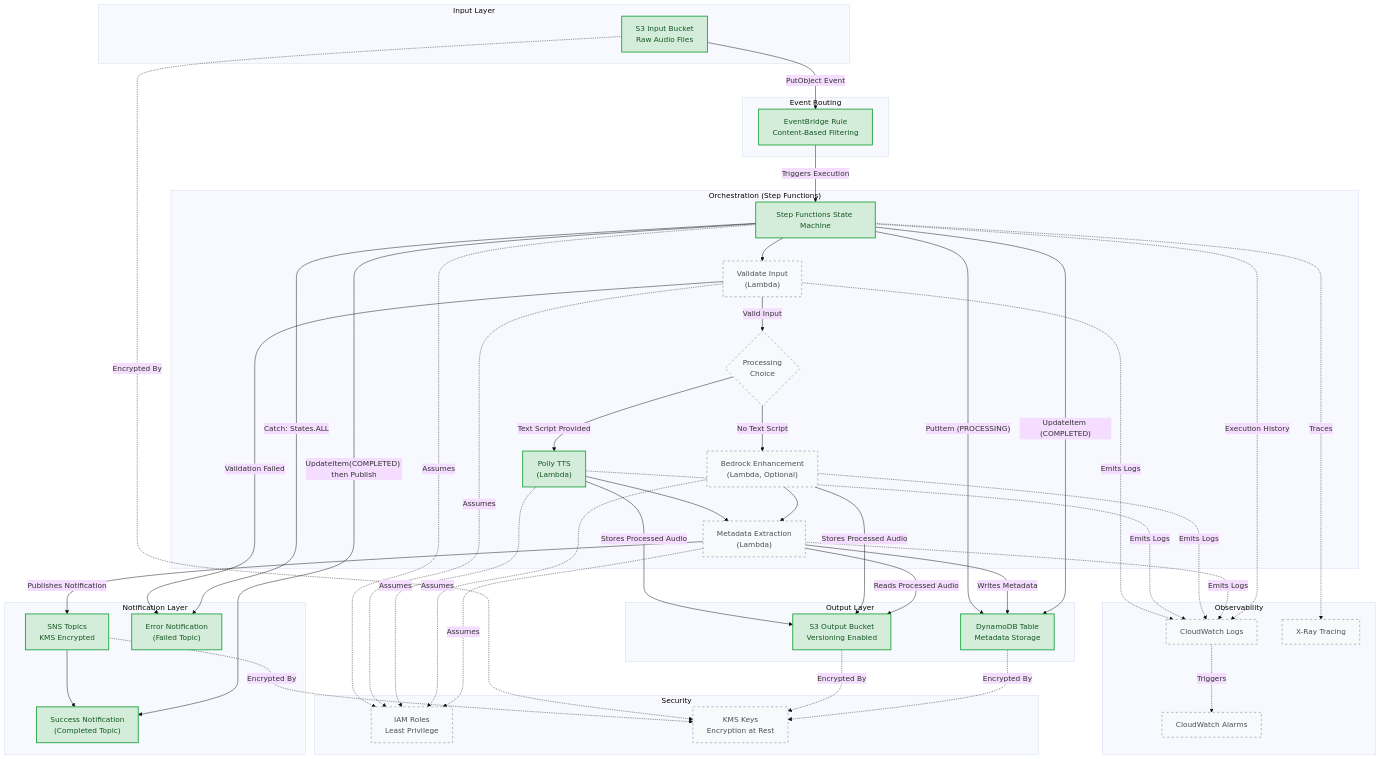
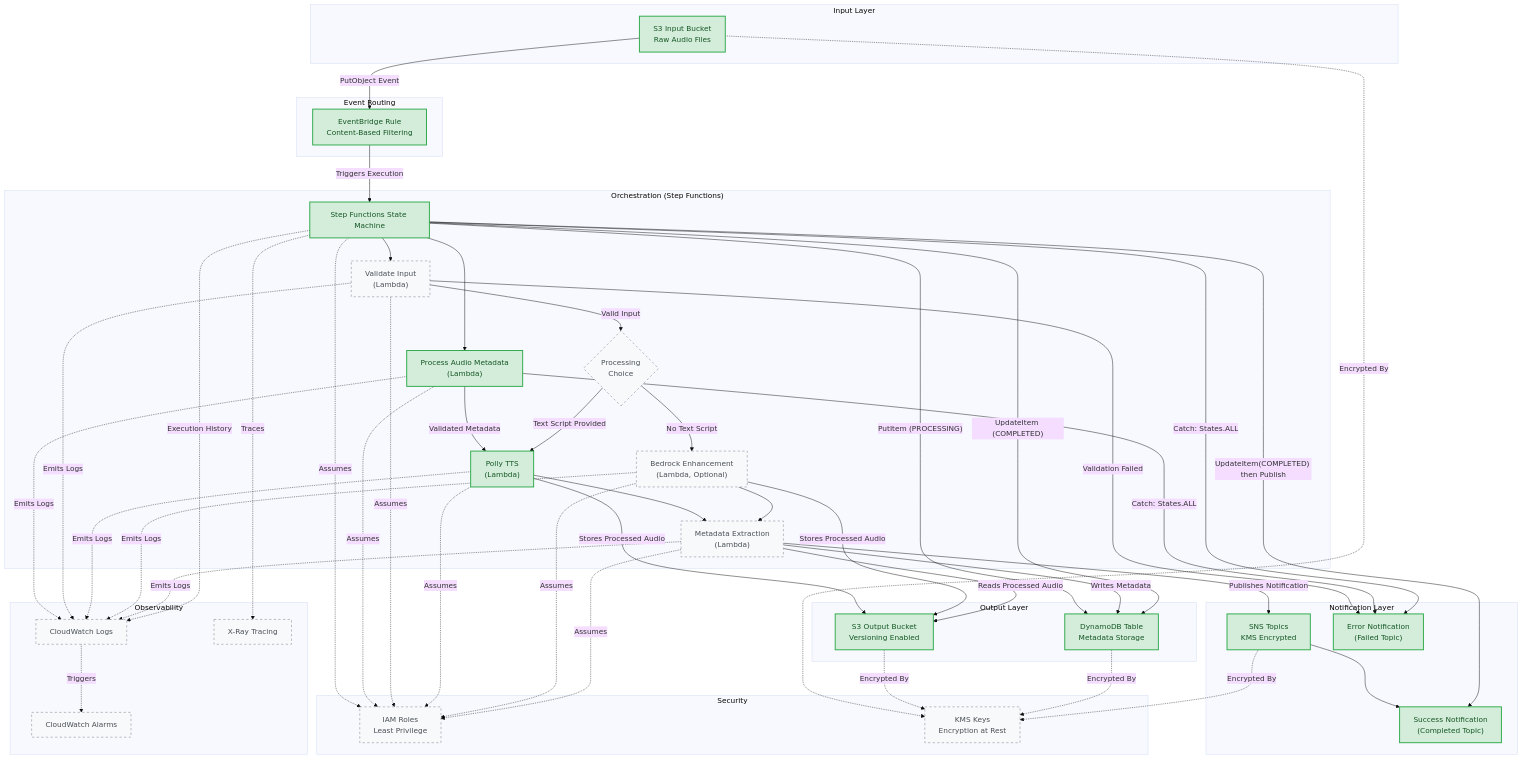
One commit to obstreperous-ai/cdk-sleep-java-kiro changed the diagram in ARCHITECTURE.md. Above: the diagram before and after it, drawn with Mermaid (base theme). The commit also changed 4 other files, not shown here.

Commit message:
docs: add ProcessAudio Lambda node to Mermaid architecture diagram

```diff
--- a/ARCHITECTURE.md
+++ b/ARCHITECTURE.md
@@ -260,6 +260,7 @@
 
     subgraph Orchestration["Orchestration (Step Functions)"]
         SFN["Step Functions State Machine"]
+        ProcessAudio["Process Audio Metadata\n(Lambda)"]
         Validate["Validate Input\n(Lambda)"]
         Choice{"Processing\nChoice"}
         PollyTTS["Polly TTS\n(Lambda)"]
@@ -292,8 +293,10 @@
     %% Main data flow
     S3Input -->|"PutObject Event"| EBRule
     EBRule -->|"Triggers Execution"| SFN
+    SFN -->|"PutItem (PROCESSING)"| DDB
+    SFN --> ProcessAudio
+    ProcessAudio -->|"Validated Metadata"| PollyTTS
     SFN --> Validate
-    SFN -->|"PutItem (PROCESSING)"| DDB
     Validate -->|"Valid Input"| Choice
     Choice -->|"Text Script Provided"| PollyTTS
     Choice -->|"No Text Script"| BedrockEnhance
@@ -309,10 +312,12 @@
 
     %% Error flow
     Validate -->|"Validation Failed"| ErrorPath
+    ProcessAudio -->|"Catch: States.ALL"| ErrorPath
     SFN -->|"Catch: States.ALL"| ErrorPath
     SFN -->|"UpdateItem(COMPLETED) then Publish"| SuccessPath
 
     %% Observability connections
+    ProcessAudio -.->|"Emits Logs"| CWLogs
     Validate -.->|"Emits Logs"| CWLogs
     PollyTTS -.->|"Emits Logs"| CWLogs
     BedrockEnhance -.->|"Emits Logs"| CWLogs
@@ -327,6 +332,7 @@
     DDB -.->|"Encrypted By"| KMSKeys
     SNSTopic -.->|"Encrypted By"| KMSKeys
     SFN -.->|"Assumes"| IAMRoles
+    ProcessAudio -.->|"Assumes"| IAMRoles
     Validate -.->|"Assumes"| IAMRoles
     PollyTTS -.->|"Assumes"| IAMRoles
     BedrockEnhance -.->|"Assumes"| IAMRoles
@@ -336,7 +342,7 @@
     classDef implemented fill:#d4edda,stroke:#28a745,stroke-width:2px,color:#155724
     classDef planned fill:#f8f9fa,stroke:#6c757d,stroke-width:1px,stroke-dasharray:5 5,color:#495057
 
-    class S3Input,S3Output,EBRule,SFN,PollyTTS,DDB,SNSTopic,SuccessPath,ErrorPath implemented
+    class S3Input,S3Output,EBRule,SFN,PollyTTS,DDB,SNSTopic,SuccessPath,ErrorPath,ProcessAudio implemented
     class Validate,Choice,BedrockEnhance,MetadataExtract,CWLogs,CWAlarms,XRay,IAMRoles,KMSKeys planned
 
     %% Legend:
```
